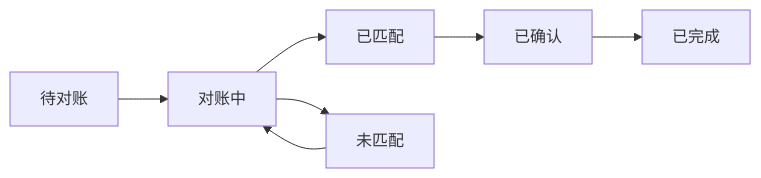
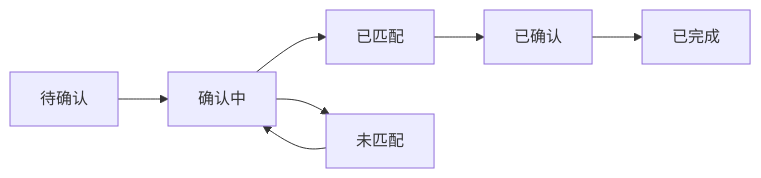
The first of 2 diagrams in docs/02-requirements/modules/财务模块/对账单.md (Come0520/L2C), drawn with Mermaid before and after one commit. The commit also changed other lines of this file and 548 other files, not shown here.

````diff
--- a/docs/02-requirements/modules/财务模块/对账单.md
+++ b/docs/02-requirements/modules/财务模块/对账单.md
@@ -26,9 +82,9 @@
 ```mermaid
 graph LR
-    PENDING[待对账] --> RECONCILING[对账中]
-    RECONCILING --> MATCHED[已匹配]
-    RECONCILING --> UNMATCHED[未匹配]
-    UNMATCHED --> RECONCILING
+    PENDING[待确认] --> CONFIRMING[确认中]
+    CONFIRMING --> MATCHED[已匹配]
+    CONFIRMING --> UNMATCHED[未匹配]
+    UNMATCHED --> CONFIRMING
     MATCHED --> CONFIRMED[已确认]
     CONFIRMED --> COMPLETED[已完成]
 ```
````
